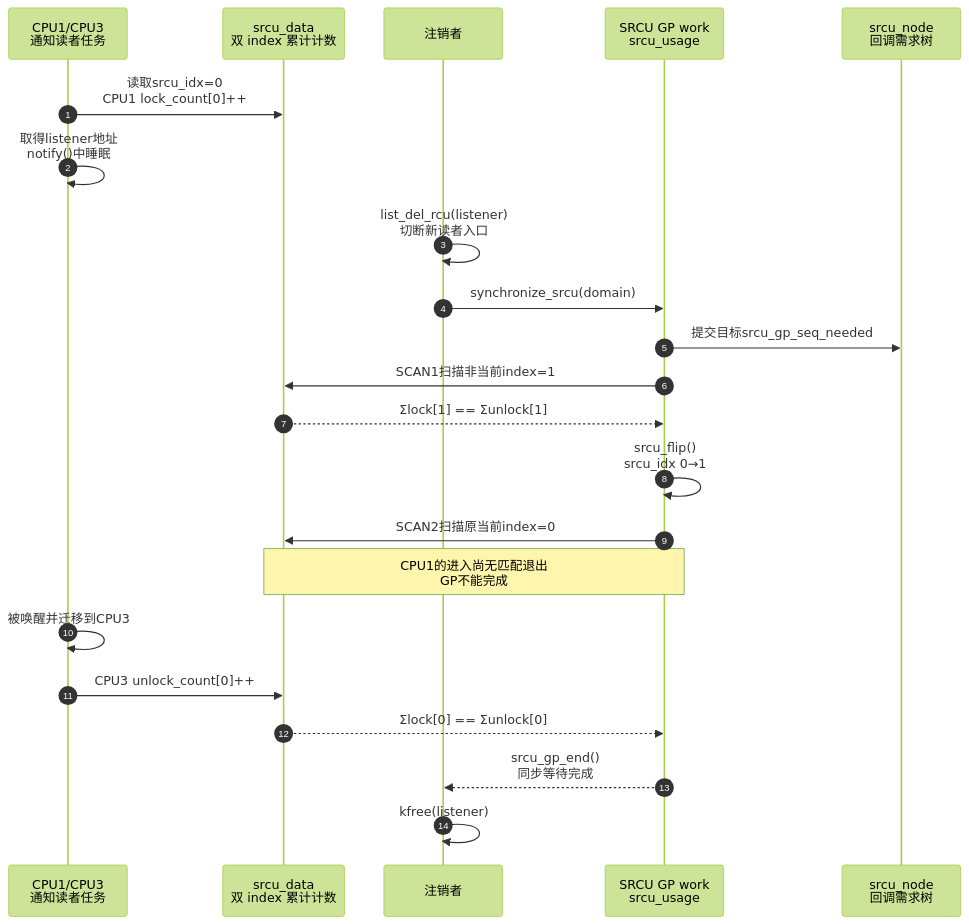
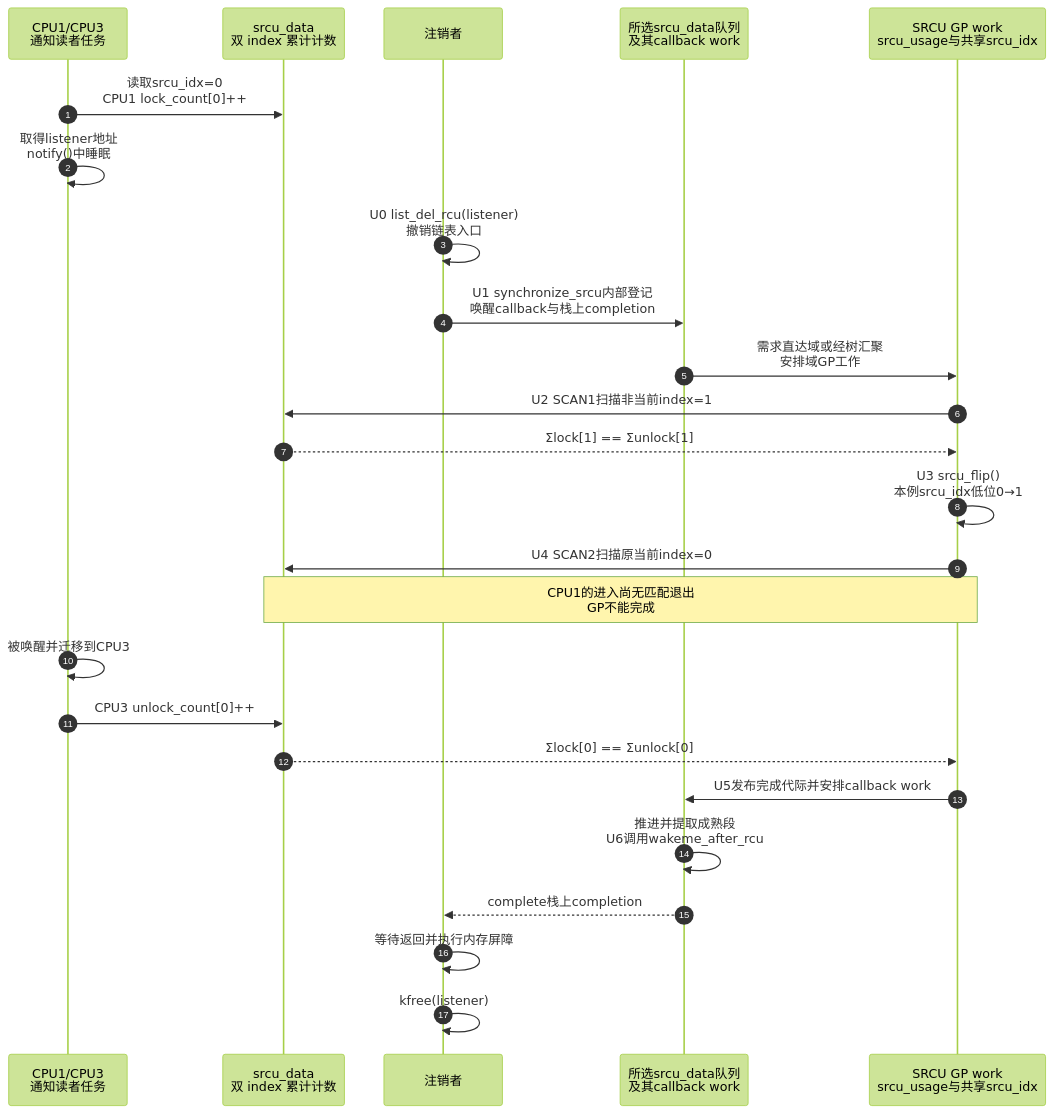
The second of 2 diagrams in knowledge/linux/synchronization_and_asynchrony/synchronization/rcu/P18_SRCU_私有域与双_index_状态机.md (FormingSystem/linux_note), drawn with Mermaid (forest theme) before and after one commit. The commit also changed other lines of this file and 1 other file, not shown here.

First line of the commit message:
content(rcu/srcu): 建立私有域计数到回调交付的完整过程

````diff
--- a/knowledge/linux/synchronization_and_asynchrony/synchronization/rcu/P18_SRCU_私有域与双_index_状态机.md
+++ b/knowledge/linux/synchronization_and_asynchrony/synchronization/rcu/P18_SRCU_私有域与双_index_状态机.md
@@ -200,25 +214,28 @@
 ```mermaid
 sequenceDiagram
     autonumber
     participant R as CPU1/CPU3<br/>通知读者任务
     participant D as srcu_data<br/>双 index 累计计数
     participant W as 注销者
-    participant G as SRCU GP work<br/>srcu_usage
-    participant N as srcu_node<br/>回调需求树
+    participant Q as 所选srcu_data队列<br/>及其callback work
+    participant G as SRCU GP work<br/>srcu_usage与共享srcu_idx
 
     R->>D: 读取srcu_idx=0<br/>CPU1 lock_count[0]++
     R->>R: 取得listener地址<br/>notify()中睡眠
-    W->>W: list_del_rcu(listener)<br/>切断新读者入口
-    W->>G: synchronize_srcu(domain)
-    G->>N: 提交目标srcu_gp_seq_needed
-    G->>D: SCAN1扫描非当前index=1
+    W->>W: U0 list_del_rcu(listener)<br/>撤销链表入口
+    W->>Q: U1 synchronize_srcu内部登记<br/>唤醒callback与栈上completion
+    Q->>G: 需求直达域或经树汇聚<br/>安排域GP工作
+    G->>D: U2 SCAN1扫描非当前index=1
     D-->>G: Σlock[1] == Σunlock[1]
-    G->>G: srcu_flip()<br/>srcu_idx 0→1
-    G->>D: SCAN2扫描原当前index=0
+    G->>G: U3 srcu_flip()<br/>本例srcu_idx低位0→1
+    G->>D: U4 SCAN2扫描原当前index=0
     Note over G,D: CPU1的进入尚无匹配退出<br/>GP不能完成
     R->>R: 被唤醒并迁移到CPU3
     R->>D: CPU3 unlock_count[0]++
     D-->>G: Σlock[0] == Σunlock[0]
-    G-->>W: srcu_gp_end()<br/>同步等待完成
+    G->>Q: U5发布完成代际并安排callback work
+    Q->>Q: 推进并提取成熟段<br/>U6调用wakeme_after_rcu
+    Q-->>W: complete栈上completion
+    W->>W: 等待返回并执行内存屏障
     W->>W: kfree(listener)
 ```
````
